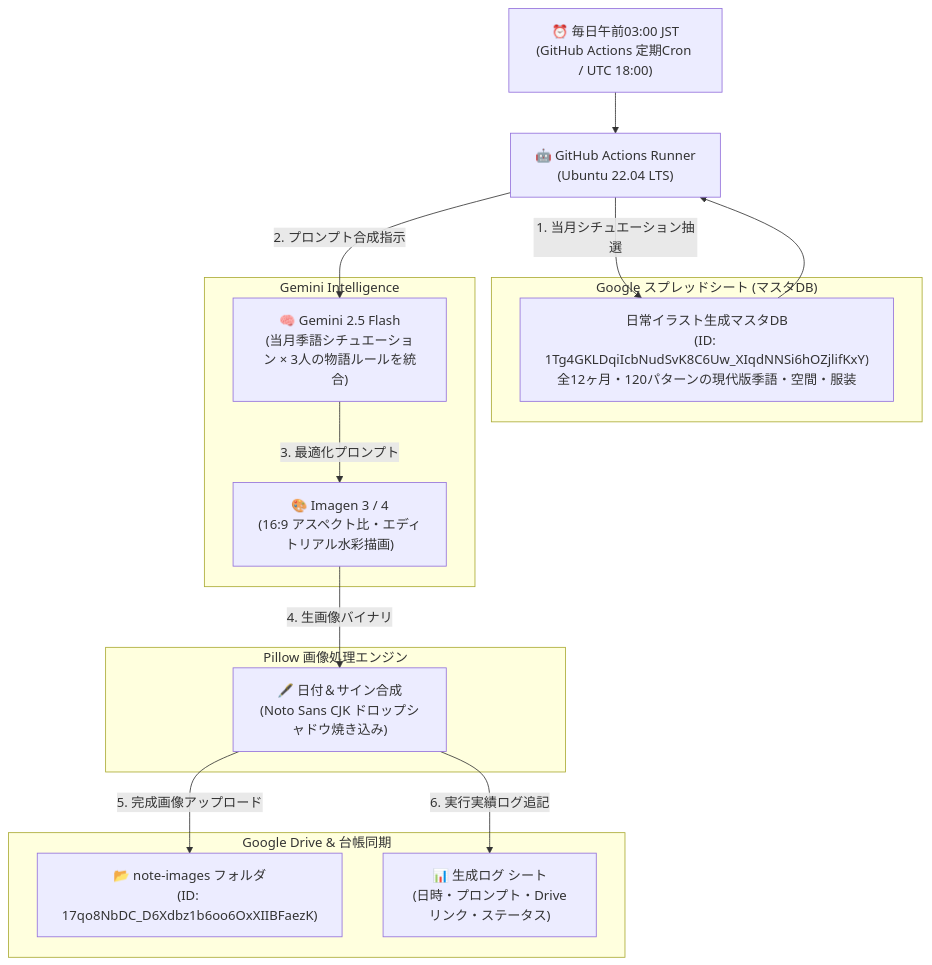
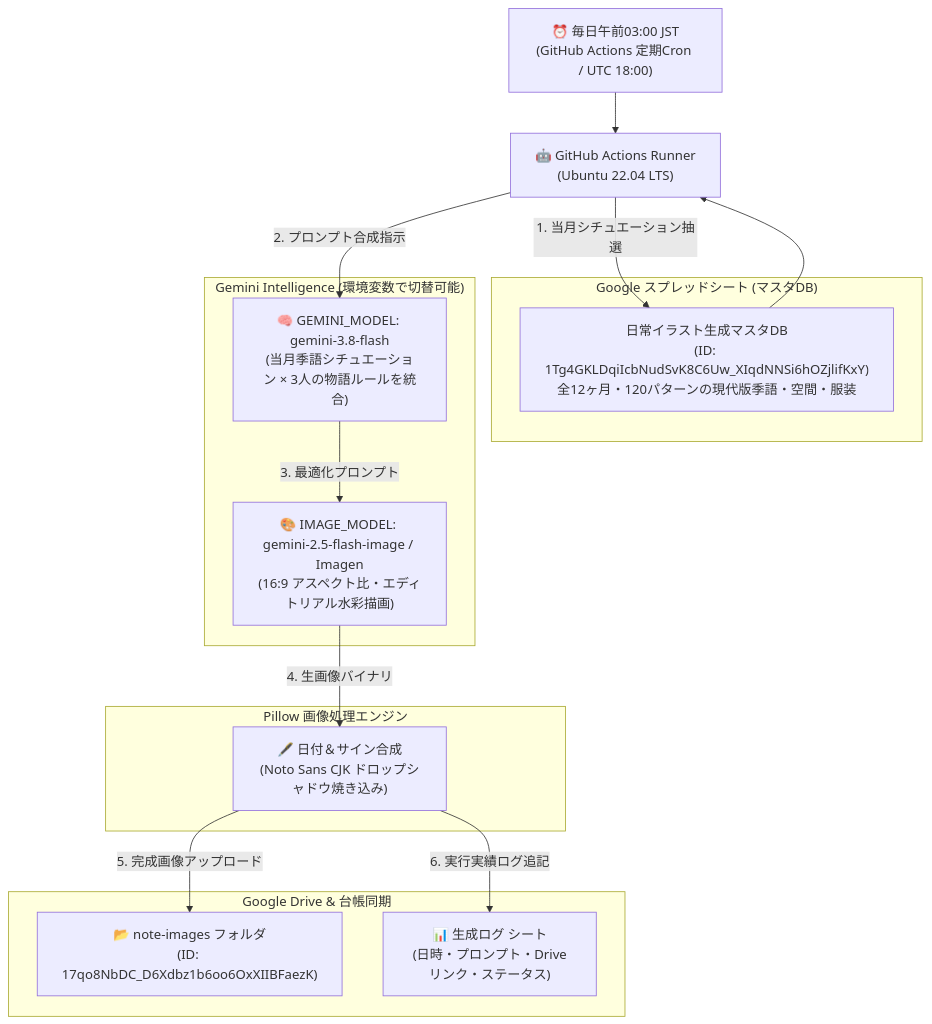
Before and after one commit to netch-git/wp-auto-post: the diagram in README.md, drawn with Mermaid. The commit also changed other lines of this file and 2 other files, not shown here.

````diff
--- a/README.md
+++ b/README.md
@@ -16,30 +16,30 @@
 ```mermaid
 flowchart TD
     Trigger["⏰ 毎日午前03:00 JST<br/>(GitHub Actions 定期Cron / UTC 18:00)"] --> Runner["🤖 GitHub Actions Runner<br/>(Ubuntu 22.04 LTS)"]
 
     subgraph MasterDB ["Google スプレッドシート (マスタDB)"]
         Sheet["日常イラスト生成マスタDB<br/>(ID: 1Tg4GKLDqiIcbNudSvK8C6Uw_XIqdNNSi6hOZjlifKxY)<br/>全12ヶ月・120パターンの現代版季語・空間・服装"]
     end
 
-    subgraph Intelligence ["Gemini Intelligence"]
-        GeminiFlash["🧠 Gemini 2.5 Flash<br/>(当月季語シチュエーション × 3人の物語ルールを統合)"]
-        ImagenModel["🎨 Imagen 3 / 4<br/>(16:9 アスペクト比・エディトリアル水彩描画)"]
+    subgraph Intelligence ["Gemini Intelligence (環境変数で切替可能)"]
+        GeminiFlash["🧠 GEMINI_MODEL: gemini-3.8-flash<br/>(当月季語シチュエーション × 3人の物語ルールを統合)"]
+        ImageEngine["🎨 IMAGE_MODEL: gemini-2.5-flash-image / Imagen<br/>(16:9 アスペクト比・エディトリアル水彩描画)"]
     end
 
     subgraph PostProcess ["Pillow 画像処理エンジン"]
         Sign["🖋️ 日付＆サイン合成<br/>(Noto Sans CJK ドロップシャドウ焼き込み)"]
     end
 
     subgraph Storage ["Google Drive & 台帳同期"]
         Drive["📂 note-images フォルダ<br/>(ID: 17qo8NbDC_D6Xdbz1b6oo6OxXIIBFaezK)"]
         LogSheet["📊 生成ログ シート<br/>(日時・プロンプト・Driveリンク・ステータス)"]
     end
 
     Runner -->|1. 当月シチュエーション抽選| Sheet
     Sheet --> Runner
     Runner -->|2. プロンプト合成指示| GeminiFlash
-    GeminiFlash -->|3. 最適化プロンプト| ImagenModel
-    ImagenModel -->|4. 生画像バイナリ| Sign
+    GeminiFlash -->|3. 最適化プロンプト| ImageEngine
+    ImageEngine -->|4. 生画像バイナリ| Sign
     Sign -->|5. 完成画像アップロード| Drive
     Sign -->|6. 実行実績ログ追記| LogSheet
 ```
````
